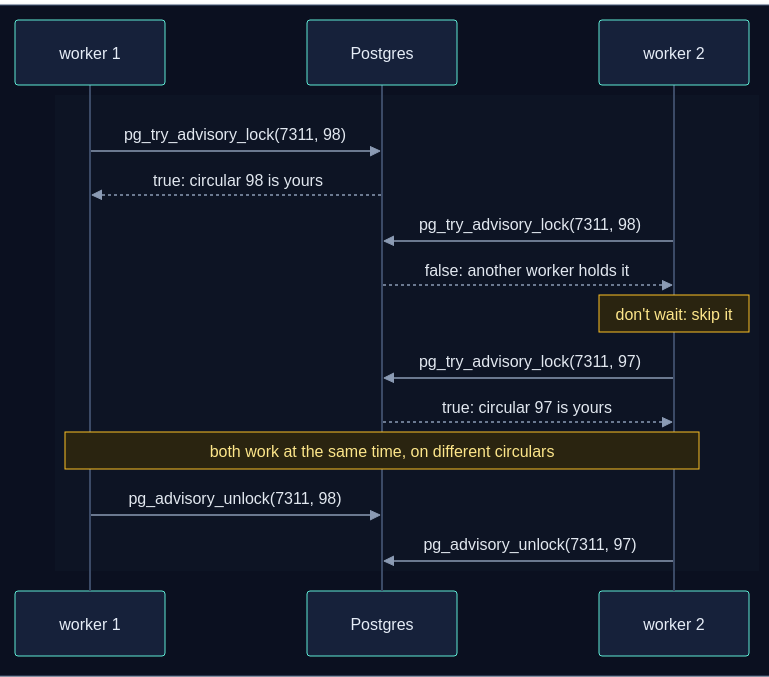
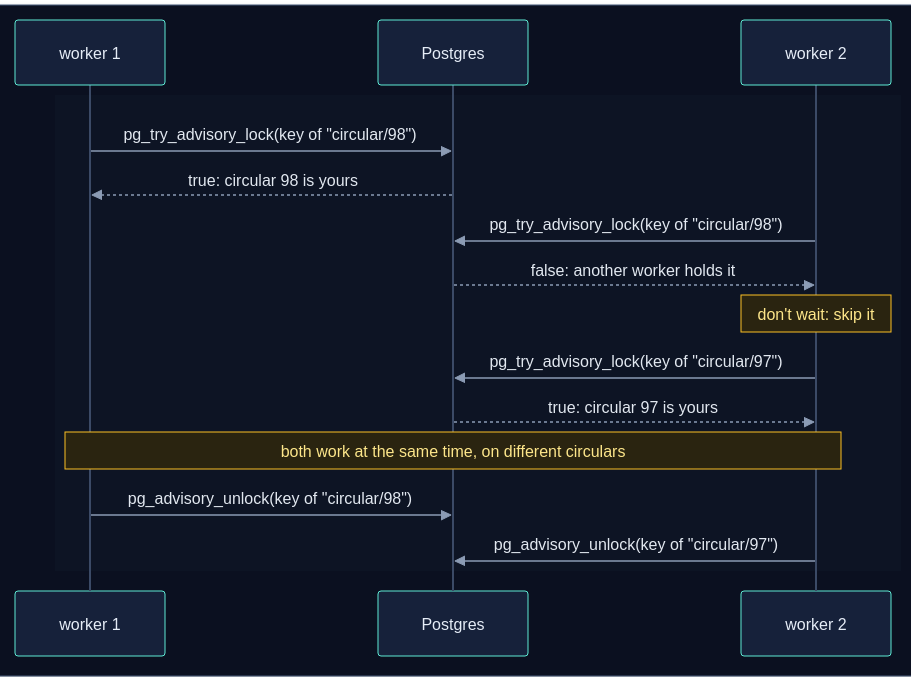
The sixth of 27 diagrams in how_it_works.md (selvakumarperumal/Regulatory_Circular_Impact_Agent), drawn with Mermaid before and after one commit. The commit also changed other lines of this file and 4 other files, not shown here.

Commit message:
Scope advisory locks by schema

````diff
--- a/how_it_works.md
+++ b/how_it_works.md
@@ -396,22 +403,22 @@
 ```mermaid
 %%{init: {"theme": "base", "sequence": {"diagramMarginX": 0, "diagramMarginY": 0}, "themeVariables": {"darkMode": true, "primaryColor": "#16213a", "primaryTextColor": "#e6edf7", "primaryBorderColor": "#475a7a", "lineColor": "#8b9bb4", "secondaryColor": "#1b2436", "tertiaryColor": "#101a2e", "edgeLabelBackground": "#0f172a", "textColor": "#e2e8f0", "actorBkg": "#16213a", "actorBorder": "#5eead4", "actorTextColor": "#e6edf7", "actorLineColor": "#3b4a66", "signalColor": "#8b9bb4", "signalTextColor": "#e2e8f0", "noteBkgColor": "#2a2410", "noteBorderColor": "#fbbf24", "noteTextColor": "#fde68a", "labelBoxBkgColor": "#1e293b", "labelBoxBorderColor": "#64748b", "labelTextColor": "#e2e8f0", "loopTextColor": "#c4b5fd", "sequenceNumberColor": "#0b1020", "activationBkgColor": "#1e293b"}}}%%
 sequenceDiagram
     box rgb(11, 16, 32)
         participant W1 as worker 1
         participant PG as Postgres
         participant W2 as worker 2
     end
 
     rect rgb(13, 20, 36)
-        W1->>PG: pg_try_advisory_lock(7311, 98)
+        W1->>PG: pg_try_advisory_lock(key of "circular/98")
         PG-->>W1: true: circular 98 is yours
-        W2->>PG: pg_try_advisory_lock(7311, 98)
+        W2->>PG: pg_try_advisory_lock(key of "circular/98")
         PG-->>W2: false: another worker holds it
         Note over W2: don't wait: skip it
-        W2->>PG: pg_try_advisory_lock(7311, 97)
+        W2->>PG: pg_try_advisory_lock(key of "circular/97")
         PG-->>W2: true: circular 97 is yours
         Note over W1,W2: both work at the same time, on different circulars
-        W1->>PG: pg_advisory_unlock(7311, 98)
-        W2->>PG: pg_advisory_unlock(7311, 97)
+        W1->>PG: pg_advisory_unlock(key of "circular/98")
+        W2->>PG: pg_advisory_unlock(key of "circular/97")
     end
 ```
````
